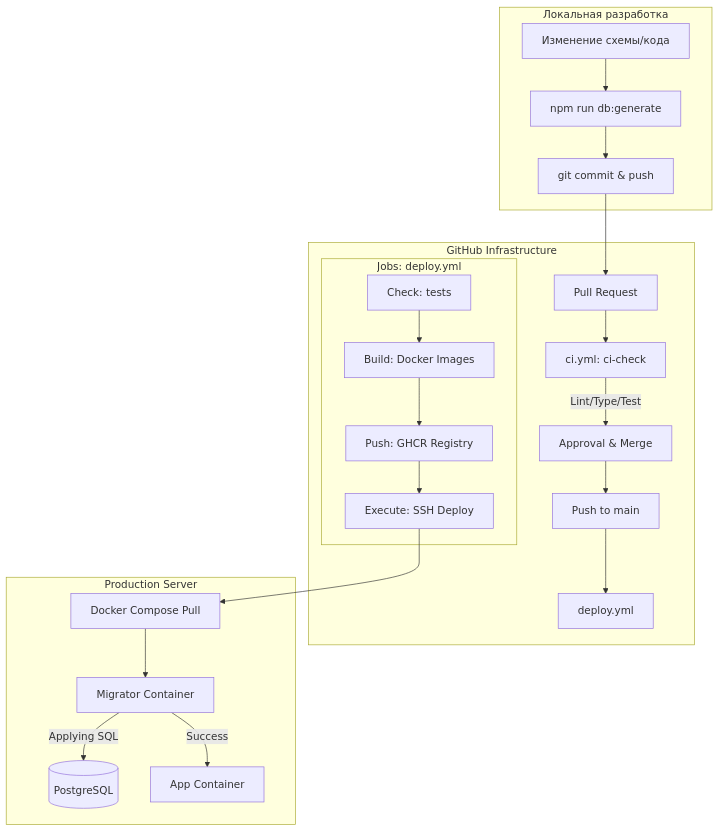
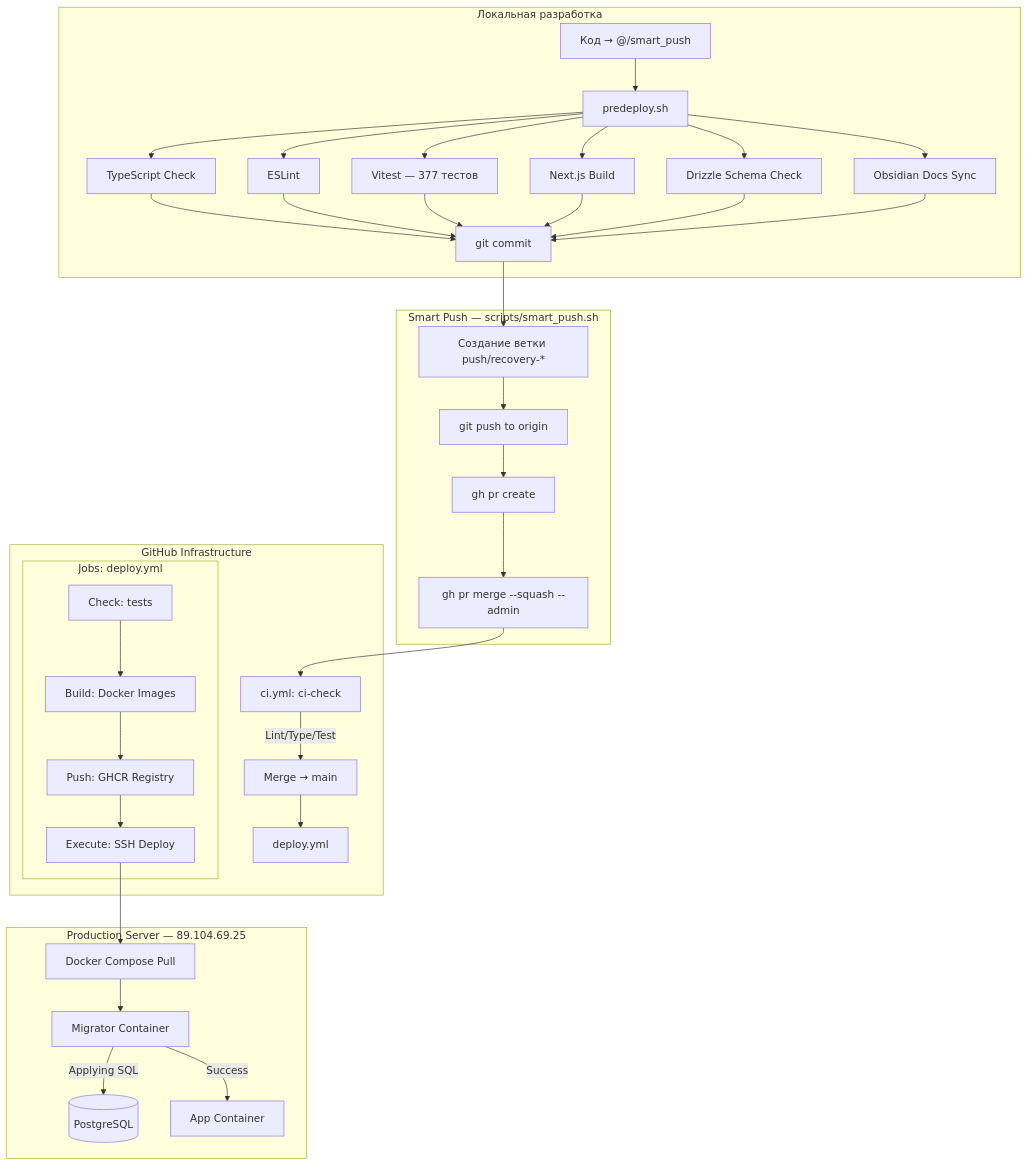
The diagram in vault/020-Архитектура/CI-CD.md (merch-crm/merch-crm), drawn with Mermaid before and after one commit. The commit also changed other lines of this file and 5 other files, not shown here.

````diff
--- a/vault/020-Архитектура/CI-CD.md
+++ b/vault/020-Архитектура/CI-CD.md
@@ -15,29 +16,39 @@
 ```mermaid
 flowchart TD
     subgraph Local[Локальная разработка]
-        L1[Изменение схемы/кода] --> L2[npm run db:generate]
-        L2 --> L3[git commit & push]
+        L1[Код → @/smart_push] --> L2[predeploy.sh]
+        L2 --> L2a[TypeScript Check]
+        L2 --> L2b[ESLint]
+        L2 --> L2c[Vitest — 377 тестов]
+        L2 --> L2d[Next.js Build]
+        L2 --> L2e[Drizzle Schema Check]
+        L2 --> L2f[Obsidian Docs Sync]
+        L2a & L2b & L2c & L2d & L2e & L2f --> L3[git commit]
+    end
+
+    subgraph Push[Smart Push — scripts/smart_push.sh]
+        L3 --> B1[Создание ветки push/recovery-*]
+        B1 --> B2[git push to origin]
+        B2 --> B3[gh pr create]
+        B3 --> B4[gh pr merge --squash --admin]
     end
 
     subgraph GitHub[GitHub Infrastructure]
-        L3 --> PR[Pull Request]
-        PR --> CI[ci.yml: ci-check]
-        CI -->|Lint/Type/Test| PR_Approve[Approval & Merge]
-        
-        PR_Approve --> Push_Main[Push to main]
+        B4 --> CI[ci.yml: ci-check]
+        CI -->|Lint/Type/Test| Push_Main[Merge → main]
         Push_Main --> Deploy[deploy.yml]
-        
+
         subgraph Deploy_Jobs[Jobs: deploy.yml]
             D1[Check: tests] --> D2[Build: Docker Images]
             D2 --> D3[Push: GHCR Registry]
             D3 --> D4[Execute: SSH Deploy]
         end
     end
 
-    subgraph Prod[Production Server]
+    subgraph Prod[Production Server — 89.104.69.25]
         D4 --> S1[Docker Compose Pull]
         S1 --> S2[Migrator Container]
         S2 -->|Applying SQL| DB[(PostgreSQL)]
         S2 -->|Success| S3[App Container]
     end
 ```
````
